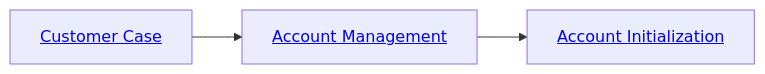
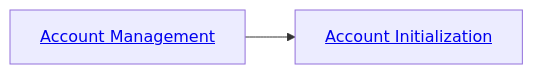
The diagram in workshop/Readme.md (Huawei-APAC-Professional-Services/hfa-workshop), drawn with Mermaid before and after one commit.

````diff
--- a/workshop/Readme.md
+++ b/workshop/Readme.md
@@ -40,6 +40,6 @@
 ```mermaid
 flowchart LR
-    Start[<a href='https://github.com/Huawei-APAC-Professional-Services/hfa/blob/main/workshop/content/00_CustomerCase.md'>Customer Case</a>] --> Account[<a href='https://github.com/Huawei-APAC-Professional-Services/hfa/blob/main/workshop/content/01_AccountManagement.md'>Account Management</a>]
+    Account[<a href='https://github.com/Huawei-APAC-Professional-Services/hfa/blob/main/workshop/content/01_AccountManagement.md'>Account Management</a>]
     Account --> AccountInitialization[<a href='https://github.com/Huawei-APAC-Professional-Services/hfa/blob/main/workshop/content/02_AccountInitialization.md'>Account Initialization</a>]
     
 ```
````
